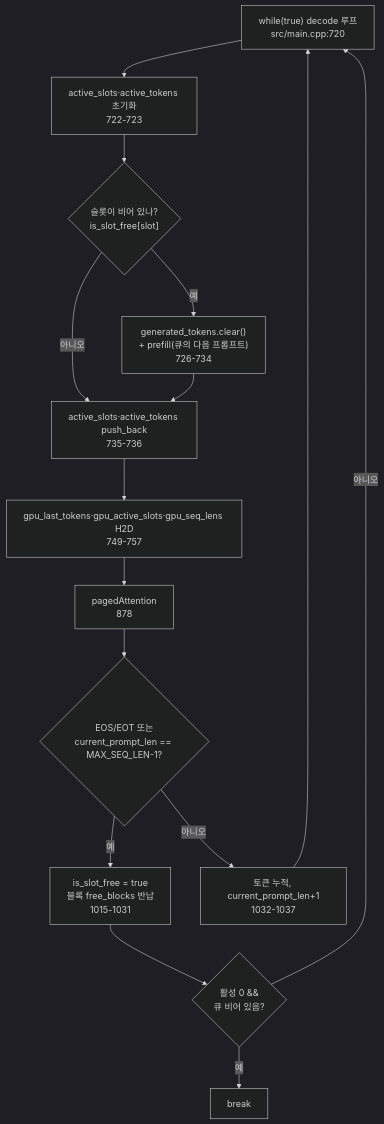
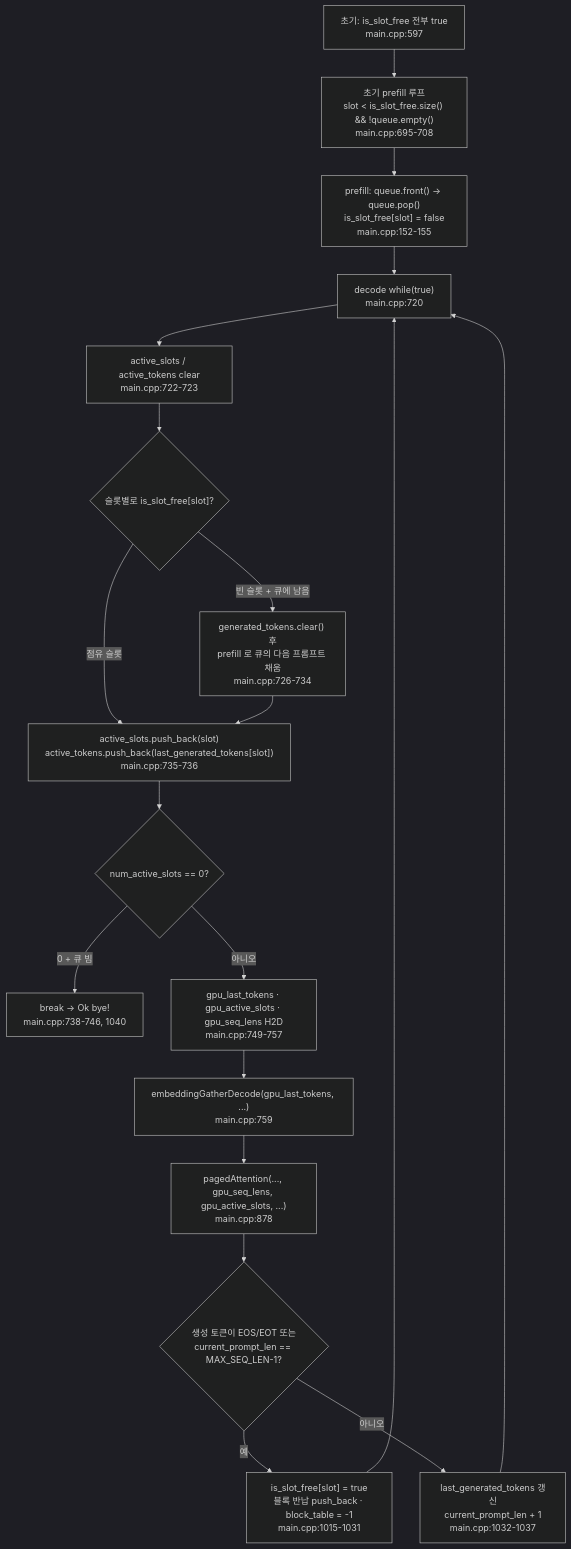
Before and after one commit to ryujaehun/ryujaehun.github.io: the diagram in data/code-series/jmaczan--tiny-vllm/articles/ko-07.md, drawn with Mermaid (dark theme). The commit also changed other lines of this file and 14 other files, not shown here.

````diff
--- a/data/code-series/jmaczan--tiny-vllm/articles/ko-07.md
+++ b/data/code-series/jmaczan--tiny-vllm/articles/ko-07.md
@@ -179,17 +177,21 @@
 ```mermaid
 flowchart TD
-    A["while(true) decode 루프<br/>src/main.cpp:720"] --> B["active_slots·active_tokens 초기화<br/>722-723"]
-    B --> C{"슬롯이 비어 있나?<br/>is_slot_free[slot]"}
-    C -->|예| D["generated_tokens.clear()<br/>+ prefill(큐의 다음 프롬프트)<br/>726-734"]
-    C -->|아니오| E["active_slots·active_tokens push_back<br/>735-736"]
-    D --> E
-    E --> F["gpu_last_tokens·gpu_active_slots·gpu_seq_lens H2D<br/>749-757"]
-    F --> G["pagedAttention<br/>878"]
-    G --> H{"EOS/EOT 또는<br/>current_prompt_len == MAX_SEQ_LEN-1?"}
-    H -->|예| I["is_slot_free = true<br/>블록 free_blocks 반납<br/>1015-1031"]
-    H -->|아니오| J["토큰 누적, current_prompt_len+1<br/>1032-1037"]
-    I --> K{"활성 0 &&<br/>큐 비어 있음?"}
-    J --> A
-    K -->|예| L["break"]
-    K -->|아니오| A
+    A["초기: is_slot_free 전부 true<br/>main.cpp:597"] --> B["초기 prefill 루프<br/>slot < is_slot_free.size() && !queue.empty()<br/>main.cpp:695-708"]
+    B --> C["prefill: queue.front() → queue.pop()<br/>is_slot_free[slot] = false<br/>main.cpp:152-155"]
+    C --> D["decode while(true)<br/>main.cpp:720"]
+    D --> E["active_slots / active_tokens clear<br/>main.cpp:722-723"]
+    E --> F{"슬롯별로 is_slot_free[slot]?"}
+    F -->|빈 슬롯 + 큐에 남음| G["generated_tokens.clear() 후<br/>prefill 로 큐의 다음 프롬프트 채움<br/>main.cpp:726-734"]
+    F -->|점유 슬롯| H["active_slots.push_back(slot)<br/>active_tokens.push_back(last_generated_tokens[slot])<br/>main.cpp:735-736"]
+    G --> H
+    H --> I{"num_active_slots == 0?"}
+    I -->|"0 + 큐 빔"| Z["break → Ok bye!<br/>main.cpp:738-746, 1040"]
+    I -->|아니오| J["gpu_last_tokens · gpu_active_slots · gpu_seq_lens H2D<br/>main.cpp:749-757"]
+    J --> K["embeddingGatherDecode(gpu_last_tokens, ...)<br/>main.cpp:759"]
+    K --> L["pagedAttention(..., gpu_seq_lens, gpu_active_slots, ...)<br/>main.cpp:878"]
+    L --> M{"생성 토큰이 EOS/EOT 또는<br/>current_prompt_len == MAX_SEQ_LEN-1?"}
+    M -->|예| N["is_slot_free[slot] = true<br/>블록 반납 push_back · block_table = -1<br/>main.cpp:1015-1031"]
+    M -->|아니오| O["last_generated_tokens 갱신<br/>current_prompt_len + 1<br/>main.cpp:1032-1037"]
+    N --> D
+    O --> D
 ```
````
